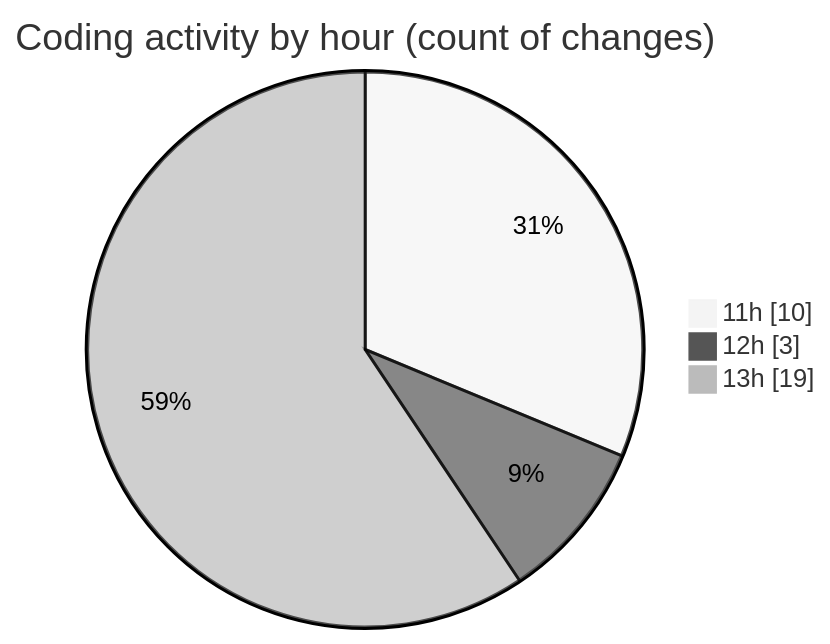
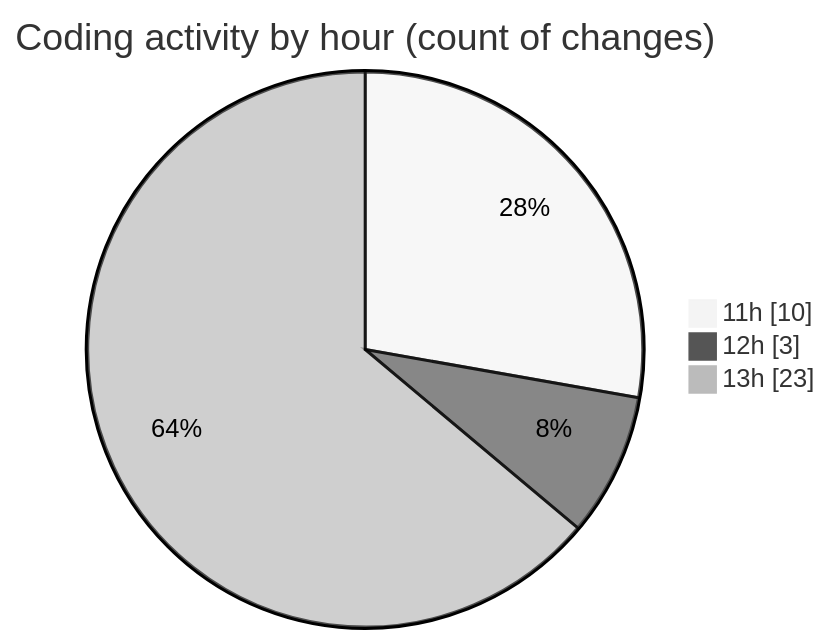
One commit to momahboobian/code-tracking changed the second of 2 diagrams in 2025-02-14/cda/README.md. Above: the diagram before and after it, drawn with Mermaid (neutral theme). The commit also changed other lines of this file and 1 other file, not shown here.

````diff
--- a/2025-02-14/cda/README.md
+++ b/2025-02-14/cda/README.md
@@ -32,7 +32,7 @@
 ```mermaid
 pie showData
 title Coding activity by hour (count of changes)
 "11h" : 10
 "12h" : 3
-"13h" : 19
+"13h" : 23
 ```
````
